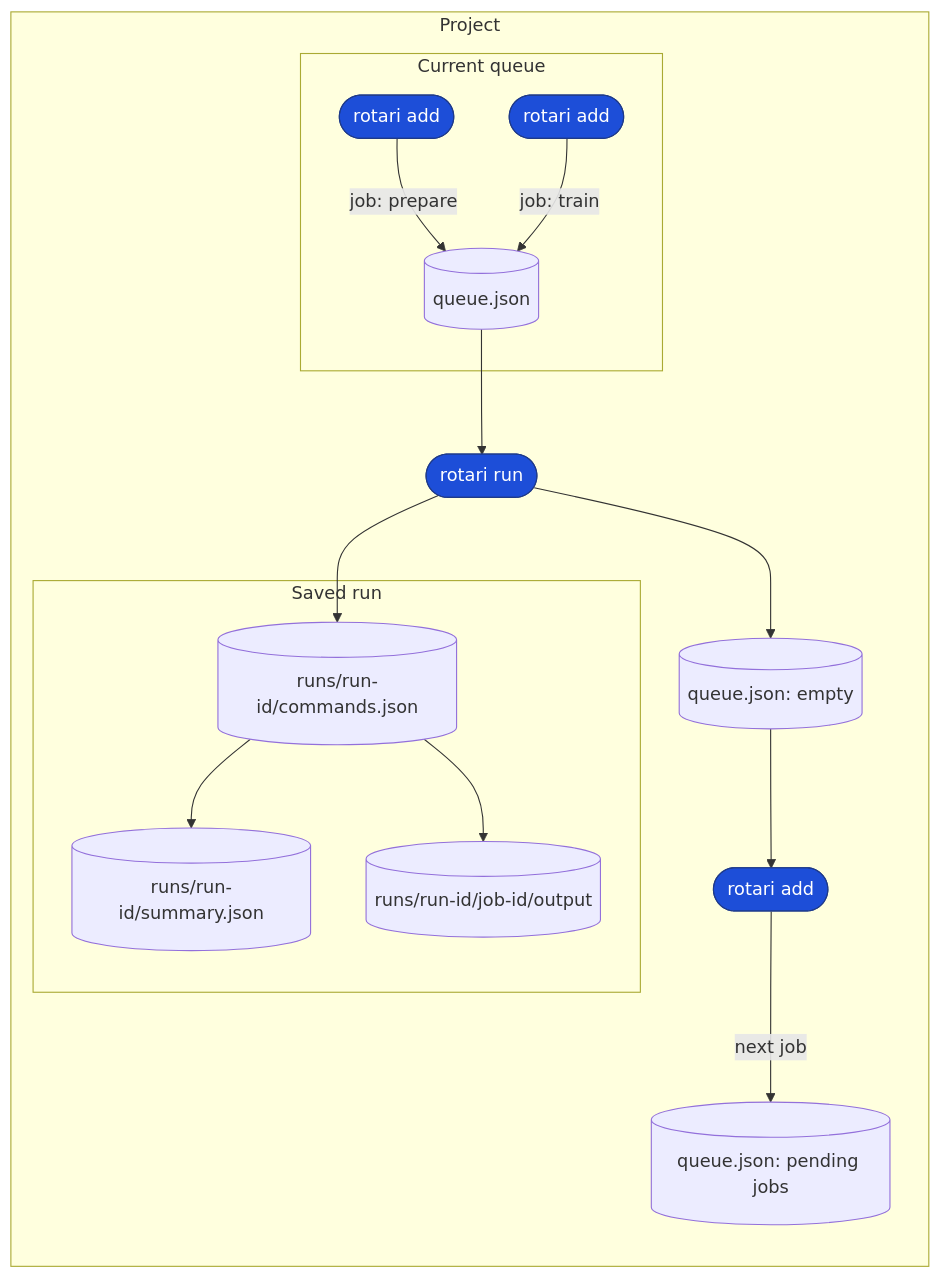
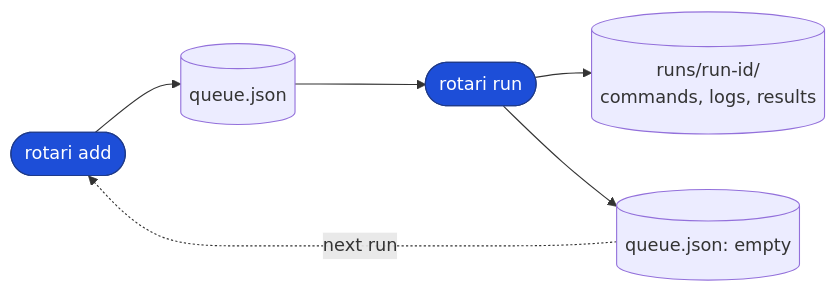
Before and after one commit to kamo-naoyuki/fjob: the first of 2 diagrams in README.md, drawn with Mermaid.

Commit message:
Simplify README lifecycle diagram

````diff
--- a/README.md
+++ b/README.md
@@ -240,22 +240,11 @@
 ```mermaid
 flowchart LR
-  subgraph project[Project]
-    subgraph current[Current queue]
-      prepare([rotari add]) -->|job: prepare| queue[(queue.json)]
-      train([rotari add]) -->|job: train| queue
-    end
-
-    queue --> start([rotari run])
-    subgraph history[Saved run]
-      snapshot[(runs/run-id/commands.json)] --> summary[(runs/run-id/summary.json)]
-      snapshot --> output[(runs/run-id/job-id/output)]
-    end
-    start --> snapshot
-    start --> cleared[(queue.json: empty)]
-    cleared --> next([rotari add])
-    next -->|next job| nextQueue[(queue.json: pending jobs)]
-  end
+  add([rotari add]) --> queue[(queue.json)]
+  queue --> run([rotari run])
+  run --> history[(runs/run-id/<br/>commands, logs, results)]
+  run --> empty[(queue.json: empty)]
+  empty -. next run .-> add
 
   classDef command fill:#1d4ed8,stroke:#1e3a8a,color:#ffffff
-  class prepare,train,start,next command
+  class add,run command
 ```
````
